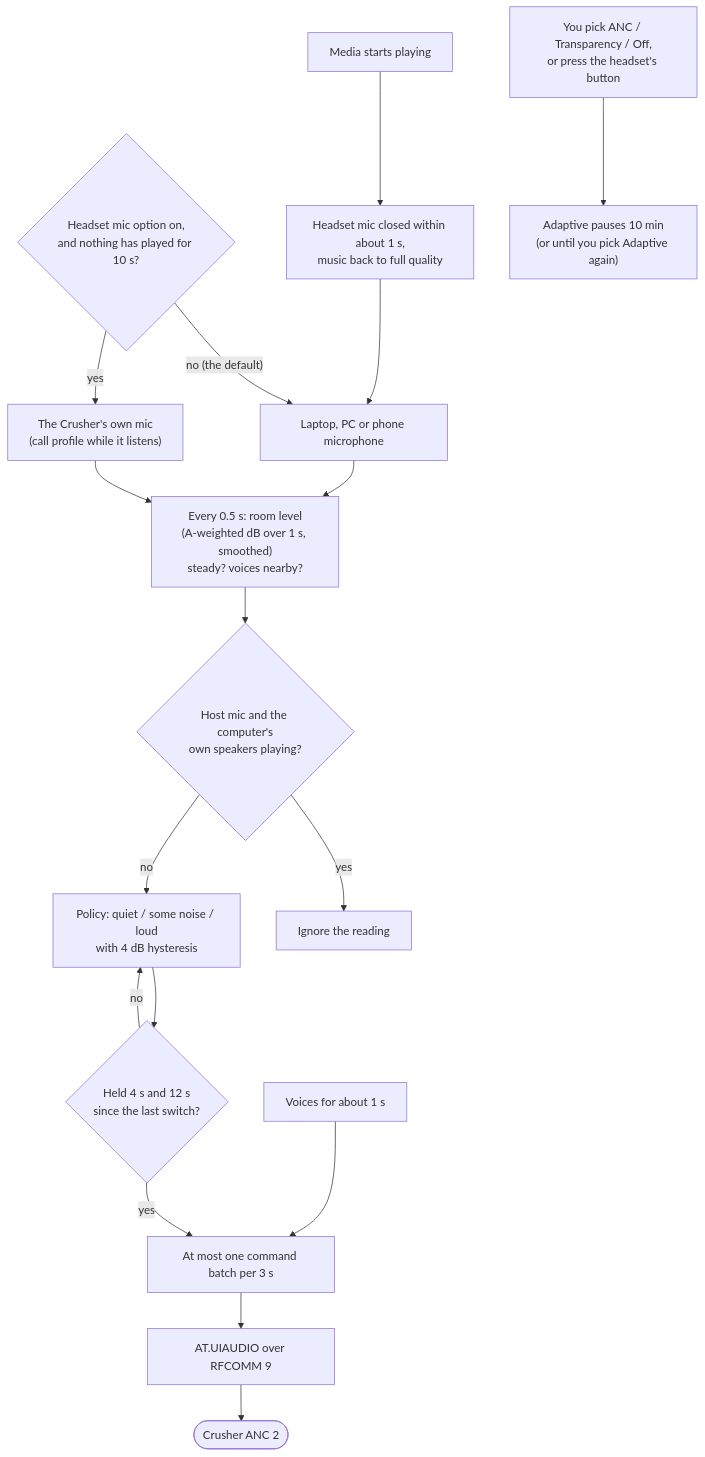
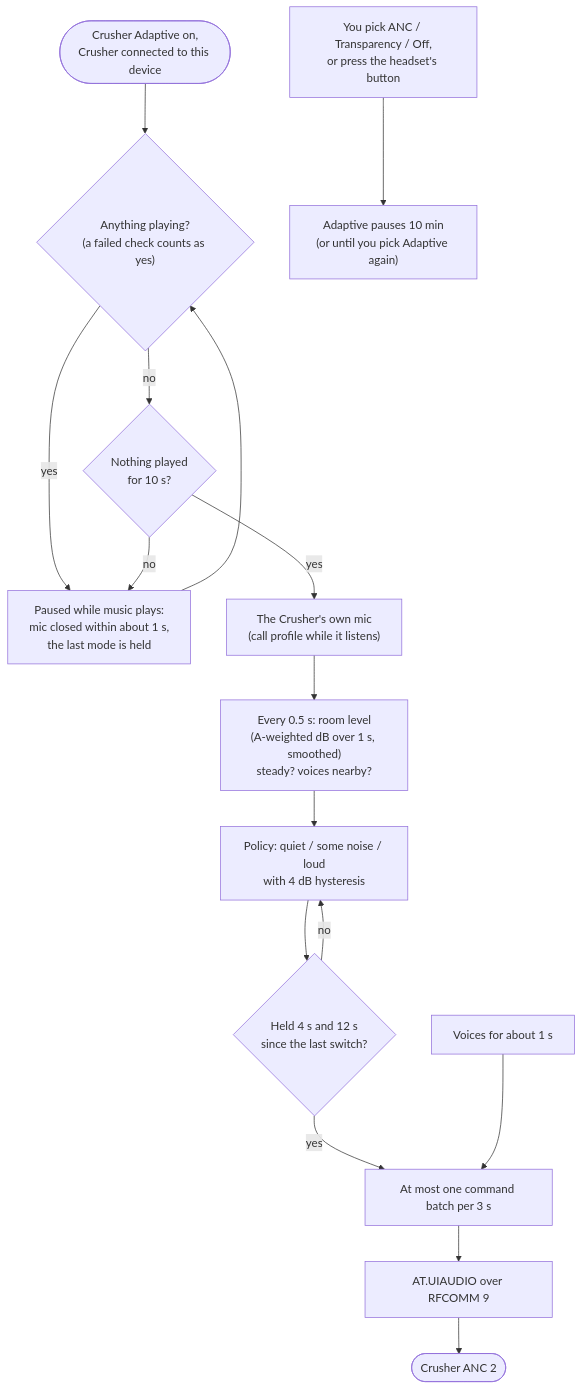
One commit to Jaron-Wilson/crossdevice-audio changed the first of 2 diagrams in README.md. Above: the diagram before and after it, drawn with Mermaid. The commit also changed other lines of this file and 15 other files, not shown here.

First line of the commit message:
Crusher Adaptive: the Crusher's own mic only, standalone on every device

````diff
--- a/README.md
+++ b/README.md
@@ -160,18 +168,17 @@
 ```mermaid
 flowchart TB
-  src{"Headset mic option on,<br/>and nothing has played for 10 s?"}
-  src -- "no (the default)" --> hostmic["Laptop, PC or phone microphone"]
-  src -- yes --> hsmic["The Crusher's own mic<br/>(call profile while it listens)"]
-  play["Media starts playing"] --> back["Headset mic closed within about 1 s,<br/>music back to full quality"] --> hostmic
-  hostmic --> meter["Every 0.5 s: room level<br/>(A-weighted dB over 1 s, smoothed)<br/>steady? voices nearby?"]
-  hsmic --> meter
-  meter --> gate{"Host mic and the computer's<br/>own speakers playing?"}
-  gate -- yes --> hold["Ignore the reading"]
-  gate -- no --> pol["Policy: quiet / some noise / loud<br/>with 4 dB hysteresis"]
+  on(["Crusher Adaptive on,<br/>Crusher connected to this device"]) --> play{"Anything playing?<br/>(a failed check counts as yes)"}
+  play -- yes --> held["Paused while music plays:<br/>mic closed within about 1 s,<br/>the last mode is held"]
+  held --> play
+  play -- no --> idle{"Nothing played<br/>for 10 s?"}
+  idle -- no --> held
+  idle -- yes --> mic["The Crusher's own mic<br/>(call profile while it listens)"]
+  mic --> meter["Every 0.5 s: room level<br/>(A-weighted dB over 1 s, smoothed)<br/>steady? voices nearby?"]
+  meter --> pol["Policy: quiet / some noise / loud<br/>with 4 dB hysteresis"]
   pol --> wait{"Held 4 s and 12 s<br/>since the last switch?"}
   wait -- no --> pol
   wait -- yes --> rate["At most one command batch per 3 s"]
   talk["Voices for about 1 s"] --> rate
   rate --> at["AT.UIAUDIO over RFCOMM 9"] --> crusher(["Crusher ANC 2"])
   manual["You pick ANC / Transparency / Off,<br/>or press the headset's button"] --> pause["Adaptive pauses 10 min<br/>(or until you pick Adaptive again)"]
 ```
````
